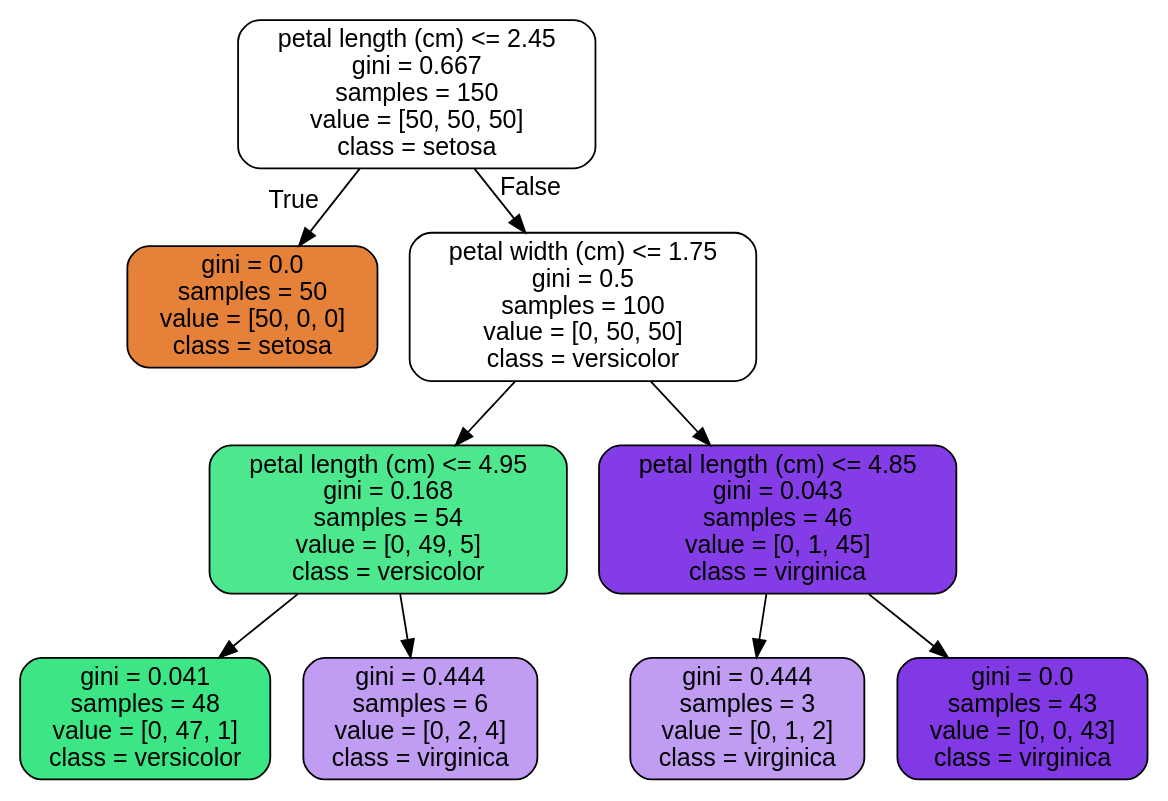
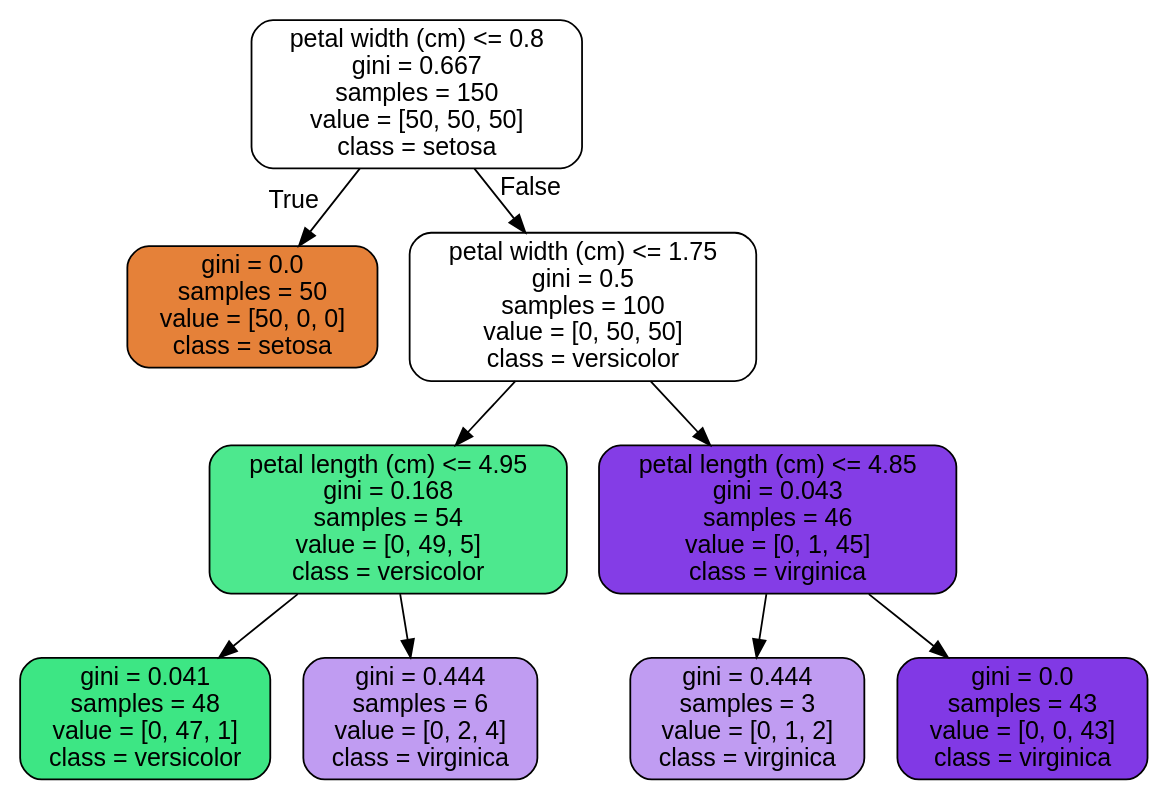
Before and after one commit to IshidaMotohiro/DS2023: the diagram in tree.dot, drawn with Graphviz. The commit also changed 15 other files, not shown here.

```diff
--- a/tree.dot
+++ b/tree.dot
@@ -1,21 +1,21 @@
 digraph Tree {
 node [shape=box, style="filled, rounded", color="black", fontname="helvetica"] ;
 edge [fontname="helvetica"] ;
-0 [label="petal length (cm) <= 2.45\ngini = 0.667\nsamples = 150\nvalue = [50, 50, 50]\nclass = setosa", fillcolor="#ffffff"] ;
+0 [label="petal width (cm) <= 0.8\ngini = 0.667\nsamples = 150\nvalue = [50, 50, 50]\nclass = setosa", fillcolor="#ffffff"] ;
 1 [label="gini = 0.0\nsamples = 50\nvalue = [50, 0, 0]\nclass = setosa", fillcolor="#e58139"] ;
 0 -> 1 [labeldistance=2.5, labelangle=45, headlabel="True"] ;
 2 [label="petal width (cm) <= 1.75\ngini = 0.5\nsamples = 100\nvalue = [0, 50, 50]\nclass = versicolor", fillcolor="#ffffff"] ;
 0 -> 2 [labeldistance=2.5, labelangle=-45, headlabel="False"] ;
 3 [label="petal length (cm) <= 4.95\ngini = 0.168\nsamples = 54\nvalue = [0, 49, 5]\nclass = versicolor", fillcolor="#4de88e"] ;
 2 -> 3 ;
 4 [label="gini = 0.041\nsamples = 48\nvalue = [0, 47, 1]\nclass = versicolor", fillcolor="#3de684"] ;
 3 -> 4 ;
 5 [label="gini = 0.444\nsamples = 6\nvalue = [0, 2, 4]\nclass = virginica", fillcolor="#c09cf2"] ;
 3 -> 5 ;
 6 [label="petal length (cm) <= 4.85\ngini = 0.043\nsamples = 46\nvalue = [0, 1, 45]\nclass = virginica", fillcolor="#843de6"] ;
 2 -> 6 ;
 7 [label="gini = 0.444\nsamples = 3\nvalue = [0, 1, 2]\nclass = virginica", fillcolor="#c09cf2"] ;
 6 -> 7 ;
 8 [label="gini = 0.0\nsamples = 43\nvalue = [0, 0, 43]\nclass = virginica", fillcolor="#8139e5"] ;
 6 -> 8 ;
 }
```
